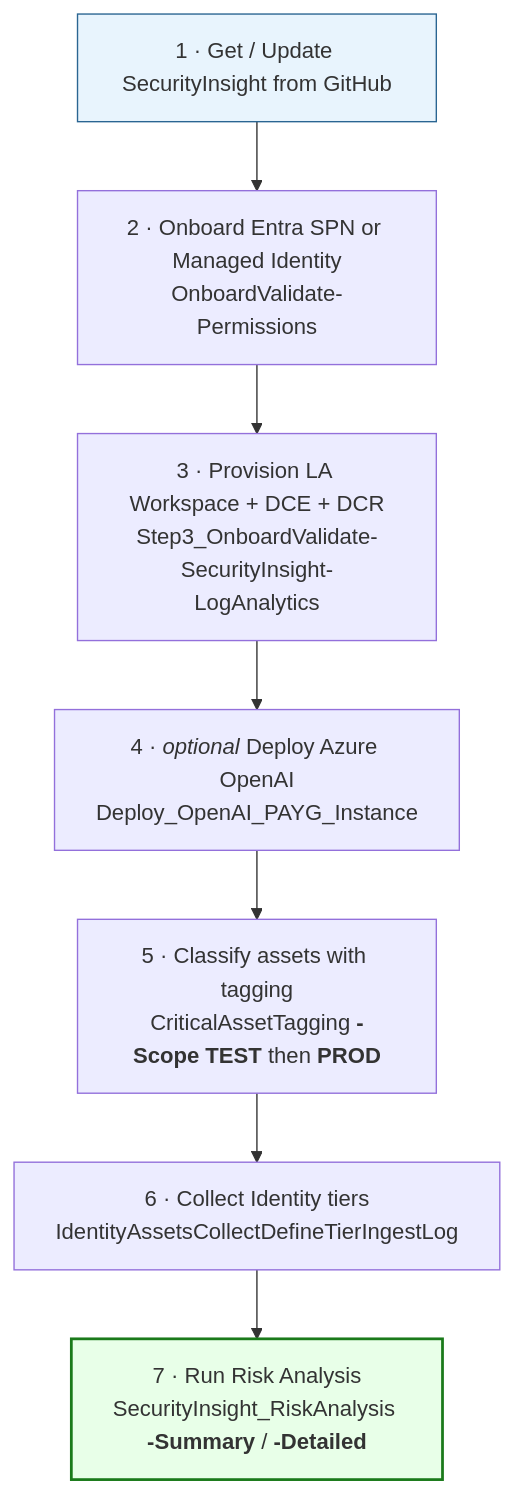
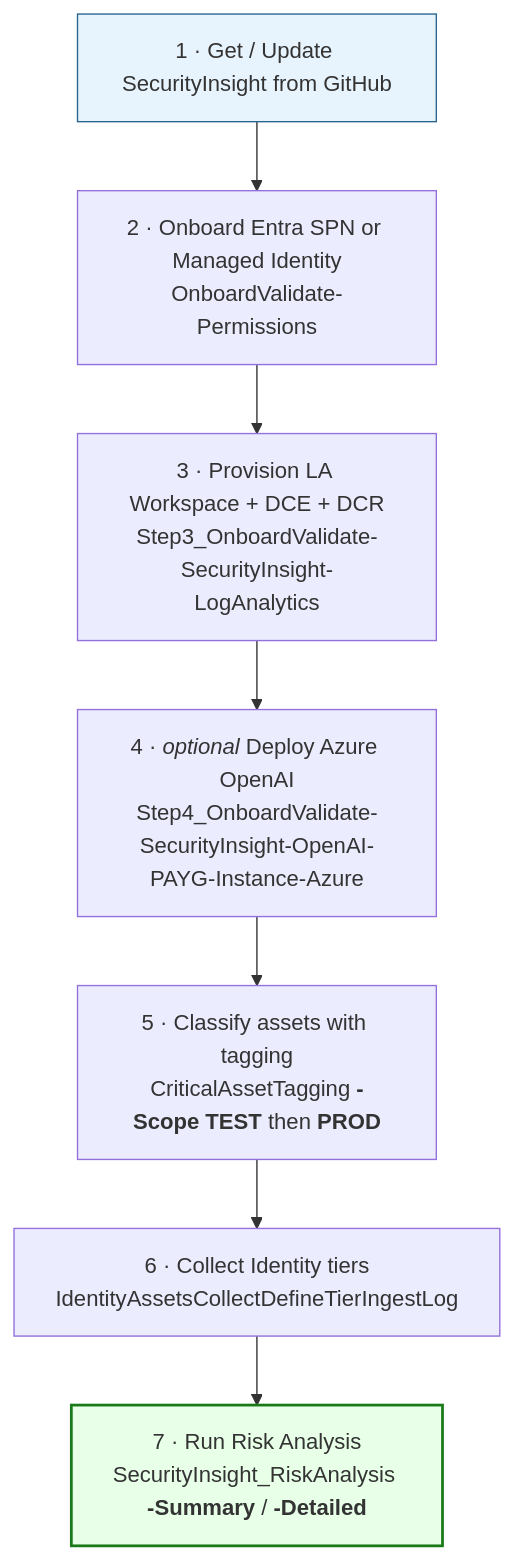
One commit to KnudsenMorten/SecurityInsight changed the third of 7 diagrams in README.md. Above: the diagram before and after it, drawn with Mermaid. The commit also changed 10 other files, not shown here.

Commit message:
Publish SecurityInsight@2.1.86 from upstream monorepo

````diff
--- a/README.md
+++ b/README.md
@@ -257,11 +257,11 @@
 ```mermaid
 flowchart TD
     S1[1 · Get / Update SecurityInsight from GitHub] --> S2[2 · Onboard Entra SPN or Managed Identity<br/>OnboardValidate-Permissions]
     S2 --> S3[3 · Provision LA Workspace + DCE + DCR<br/>Step3_OnboardValidate-SecurityInsight-LogAnalytics]
-    S3 --> S4[4 · <i>optional</i> Deploy Azure OpenAI<br/>Deploy_OpenAI_PAYG_Instance]
+    S3 --> S4[4 · <i>optional</i> Deploy Azure OpenAI<br/>Step4_OnboardValidate-SecurityInsight-OpenAI-PAYG-Instance-Azure]
     S4 --> S5[5 · Classify assets with tagging<br/>CriticalAssetTagging <b>-Scope TEST</b> then <b>PROD</b>]
     S5 --> S6[6 · Collect Identity tiers<br/>IdentityAssetsCollectDefineTierIngestLog]
     S6 --> S7[7 · Run Risk Analysis<br/>SecurityInsight_RiskAnalysis <b>-Summary</b> / <b>-Detailed</b>]
     style S1 fill:#e8f4fd,stroke:#2a6592
     style S7 fill:#e8ffe8,stroke:#1a7a1a,stroke-width:2px
 ```
````
